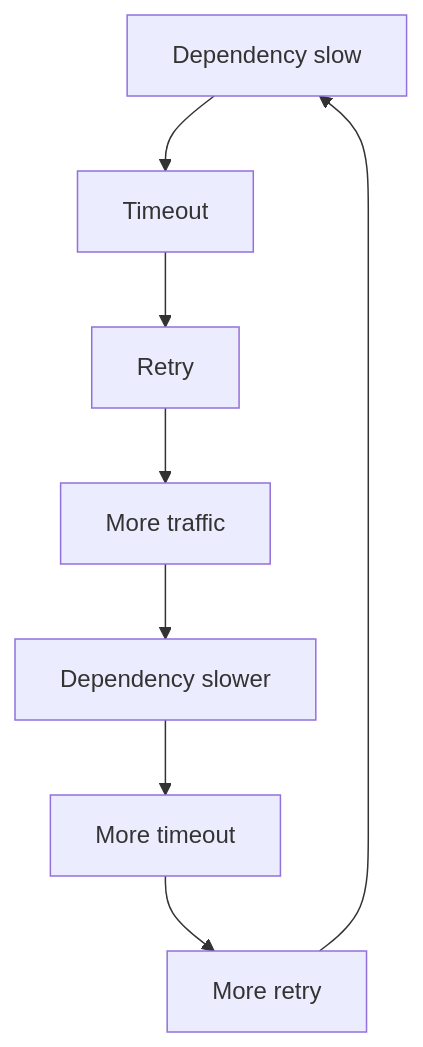
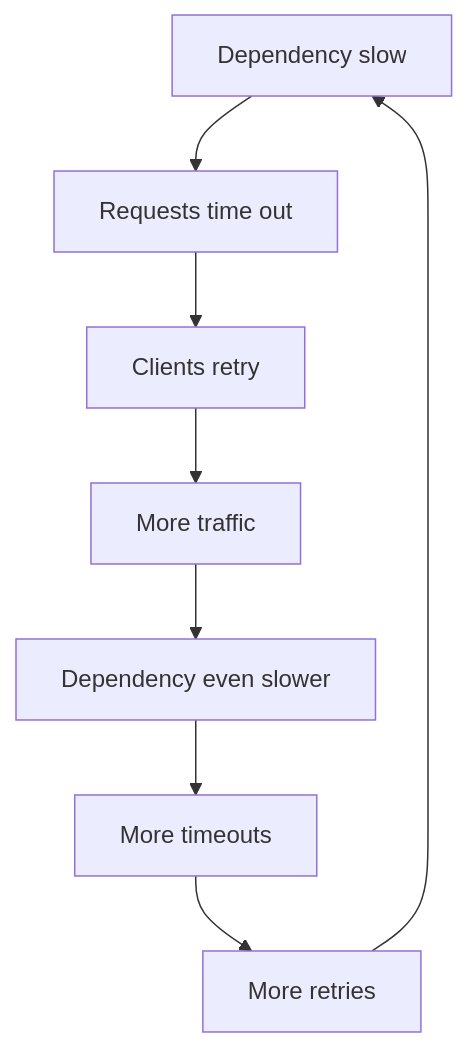
One commit to pankajThakur1874/studysheet changed diagram 14 of 29 in files/08-edge-cases/Tier-1-Production-Failures.md. Above: the diagram before and after it, drawn with Mermaid. The commit also changed other lines of this file and 5 other files, not shown here.

````diff
--- a/files/08-edge-cases/Tier-1-Production-Failures.md
+++ b/files/08-edge-cases/Tier-1-Production-Failures.md
@@ -570,10 +661,10 @@
 ```mermaid
 flowchart TD
-    A["Dependency slow"] --> B["Timeout"]
-    B --> C["Retry"]
+    A["Dependency slow"] --> B["Requests time out"]
+    B --> C["Clients retry"]
     C --> D["More traffic"]
-    D --> E["Dependency slower"]
-    E --> F["More timeout"]
-    F --> G["More retry"]
+    D --> E["Dependency even slower"]
+    E --> F["More timeouts"]
+    F --> G["More retries"]
     G --> A
 ```
````
